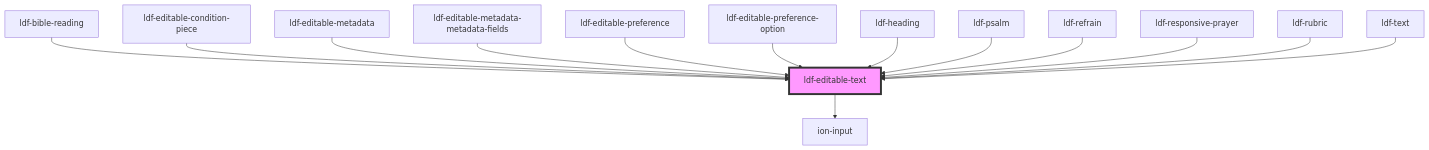
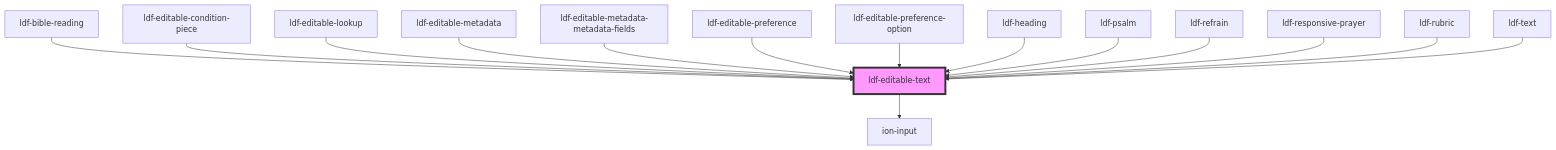
One commit to gbj/venite changed the diagram in components/src/components/editable-text/readme.md. Above: the diagram before and after it, drawn with Mermaid. The commit also changed other lines of this file and 122 other files, not shown here.

````diff
--- a/components/src/components/editable-text/readme.md
+++ b/components/src/components/editable-text/readme.md
@@ -52,17 +53,18 @@
 ```mermaid
 graph TD;
   ldf-editable-text --> ion-input
   ldf-bible-reading --> ldf-editable-text
   ldf-editable-condition-piece --> ldf-editable-text
+  ldf-editable-lookup --> ldf-editable-text
   ldf-editable-metadata --> ldf-editable-text
   ldf-editable-metadata-metadata-fields --> ldf-editable-text
   ldf-editable-preference --> ldf-editable-text
   ldf-editable-preference-option --> ldf-editable-text
   ldf-heading --> ldf-editable-text
   ldf-psalm --> ldf-editable-text
   ldf-refrain --> ldf-editable-text
   ldf-responsive-prayer --> ldf-editable-text
   ldf-rubric --> ldf-editable-text
   ldf-text --> ldf-editable-text
   style ldf-editable-text fill:#f9f,stroke:#333,stroke-width:4px
 ```
````
